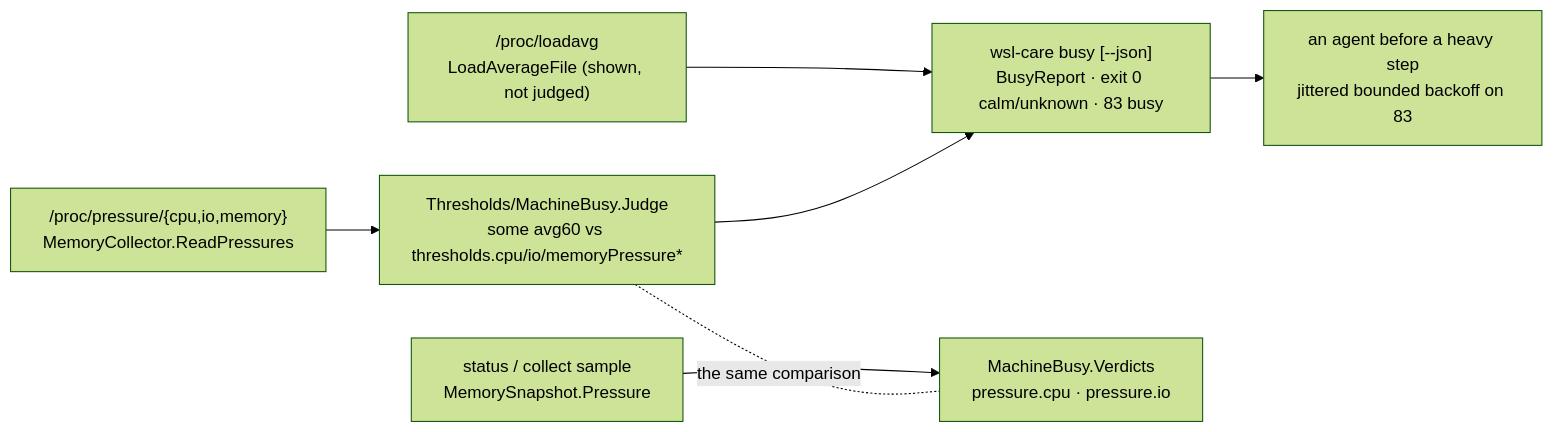
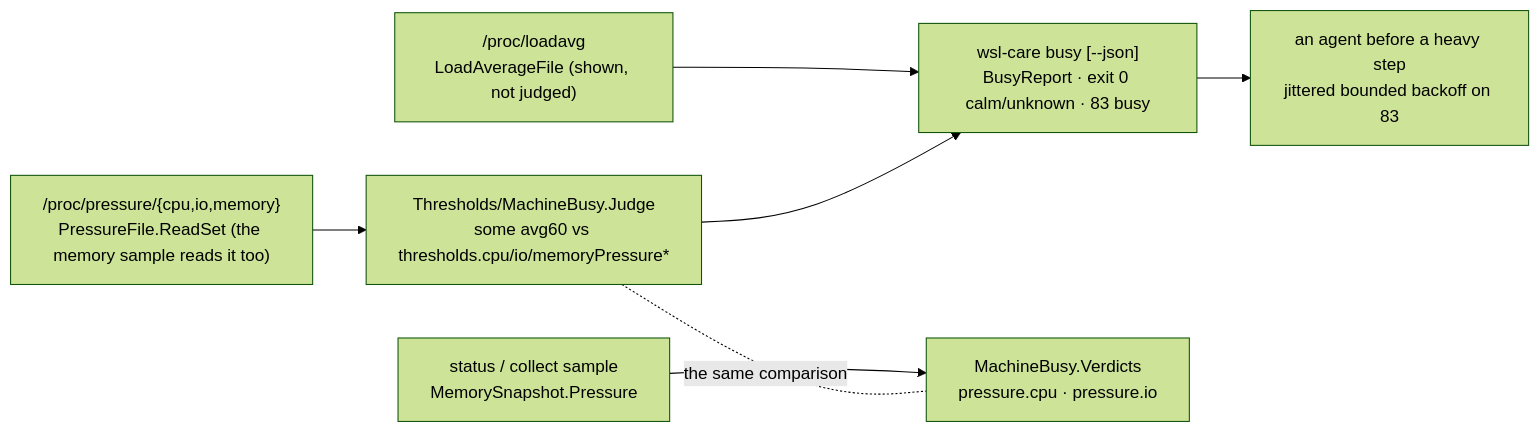
Before and after one commit to oleksandrdubyna88/wsl_care: diagram 25 of 31 in research/architecture.md, drawn with Mermaid (forest theme). The commit also changed other lines of this file and 12 other files, not shown here.

````diff
--- a/research/architecture.md
+++ b/research/architecture.md
@@ -2424,9 +2424,9 @@
 ```mermaid
 flowchart LR
-    psi["/proc/pressure/{cpu,io,memory}<br/>MemoryCollector.ReadPressures"] --> rule["Thresholds/MachineBusy.Judge<br/>some avg60 vs thresholds.cpu/io/memoryPressure*"]
+    psi["/proc/pressure/{cpu,io,memory}<br/>PressureFile.ReadSet (the memory sample reads it too)"] --> rule["Thresholds/MachineBusy.Judge<br/>some avg60 vs thresholds.cpu/io/memoryPressure*"]
     load["/proc/loadavg<br/>LoadAverageFile (shown, not judged)"] --> busy
     rule --> busy["wsl-care busy [--json]<br/>BusyReport · exit 0 calm/unknown · 83 busy"]
     sample["status / collect sample<br/>MemorySnapshot.Pressure"] --> verdicts["MachineBusy.Verdicts<br/>pressure.cpu · pressure.io"]
     rule -. "the same comparison" .- verdicts
     busy --> agent["an agent before a heavy step<br/>jittered bounded backoff on 83"]
 ```
````
